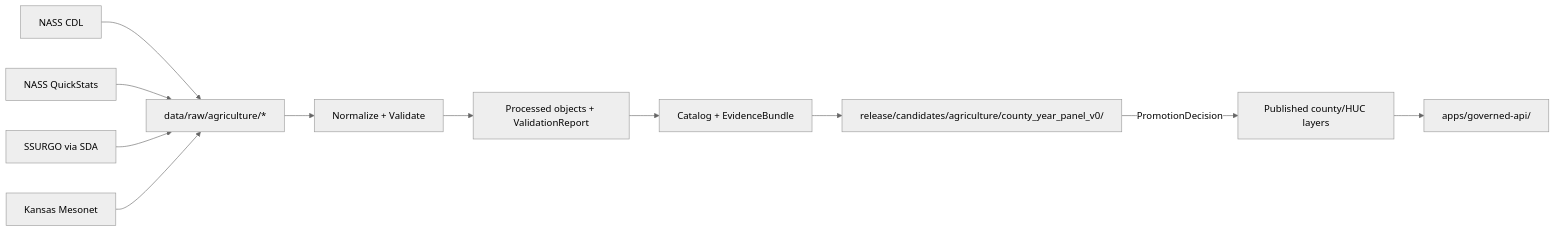
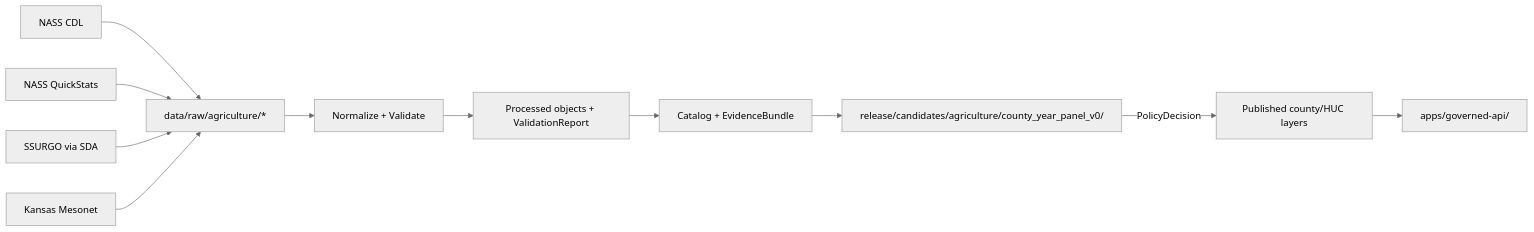
One commit to bartytime4life/Kansas-Frontier-Matrix changed the second of 2 diagrams in docs/domains/agriculture/MISSING_OR_PLANNED_FILES.md. Above: the diagram before and after it, drawn with Mermaid (neutral theme). The commit also changed other lines of this file, not shown here.

````diff
--- a/docs/domains/agriculture/MISSING_OR_PLANNED_FILES.md
+++ b/docs/domains/agriculture/MISSING_OR_PLANNED_FILES.md
@@ -408,13 +425,13 @@
 ```mermaid
 flowchart LR
   CDL[NASS CDL] --> RAW
   QS[NASS QuickStats] --> RAW
   SSURGO[SSURGO via SDA] --> RAW
   MESO[Kansas Mesonet] --> RAW
   RAW[data/raw/agriculture/*] --> WORK[Normalize + Validate]
   WORK --> PROC[Processed objects + ValidationReport]
   PROC --> CAT[Catalog + EvidenceBundle]
   CAT --> CAND[release/candidates/agriculture/county_year_panel_v0/]
-  CAND -->|PromotionDecision| PUB[Published county/HUC layers]
+  CAND -->|PolicyDecision| PUB[Published county/HUC layers]
   PUB --> API[apps/governed-api/]
 ```
````
